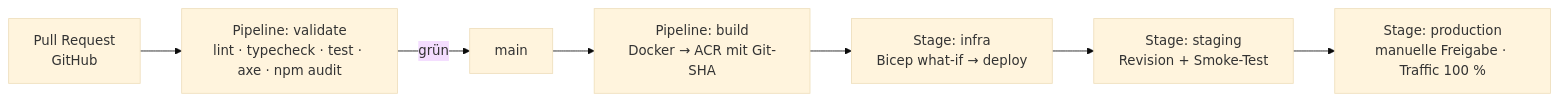
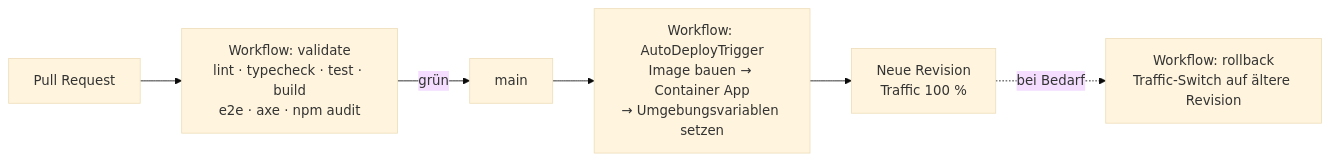
The fourth of 4 diagrams in docs/SPEC.md (nicolenders/die-agentin), drawn with Mermaid (base theme) before and after one commit. The commit also changed other lines of this file and 10 other files, not shown here.

````diff
--- a/docs/SPEC.md
+++ b/docs/SPEC.md
@@ -521,9 +522,8 @@
 ```mermaid
 flowchart LR
-  PR["Pull Request<br/>GitHub"] --> CI["Pipeline: validate<br/>lint · typecheck · test · axe · npm audit"]
+  PR["Pull Request"] --> CI["Workflow: validate<br/>lint · typecheck · test · build<br/>e2e · axe · npm audit"]
   CI -->|grün| MAIN[main]
-  MAIN --> BUILD["Pipeline: build<br/>Docker → ACR mit Git-SHA"]
-  BUILD --> INFRA["Stage: infra<br/>Bicep what-if → deploy"]
-  INFRA --> STAGE["Stage: staging<br/>Revision + Smoke-Test"]
-  STAGE --> PROD["Stage: production<br/>manuelle Freigabe · Traffic 100 %"]
+  MAIN --> DEPLOY["Workflow: AutoDeployTrigger<br/>Image bauen → Container App<br/>→ Umgebungsvariablen setzen"]
+  DEPLOY --> LIVE["Neue Revision<br/>Traffic 100 %"]
+  LIVE -.->|bei Bedarf| RB["Workflow: rollback<br/>Traffic-Switch auf ältere Revision"]
 ```
````
